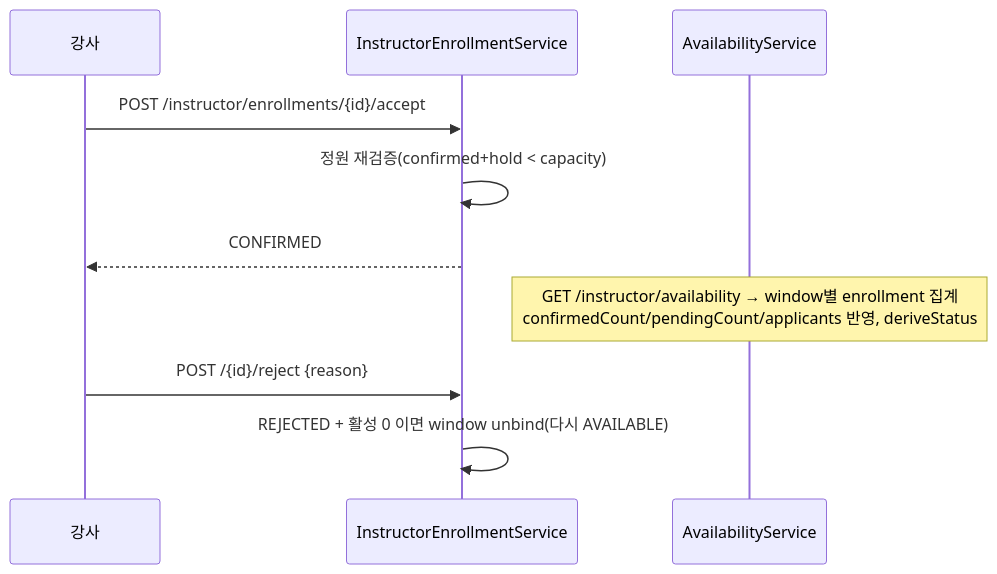
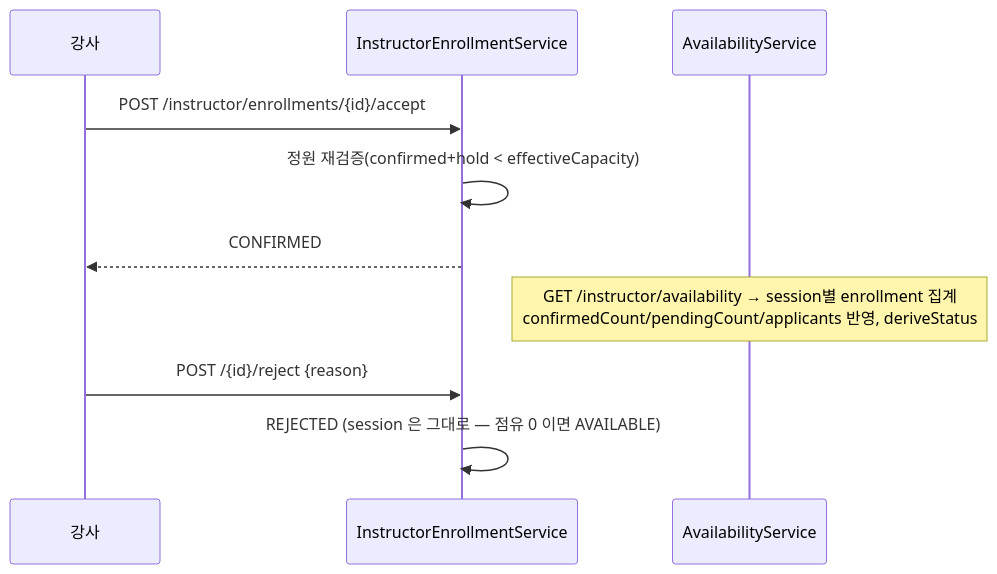
The third of 4 diagrams in docs/architecture/enrollment.md (pungdong/Pungdong-Backend), drawn with Mermaid before and after one commit. The commit also changed other lines of this file and 5 other files, not shown here.

First line of the commit message:
Docs: coverage/session 2레이어 재설계 반영 (availability·enrollment 도메인/피처 문서 + CLAUDE.md)

````diff
--- a/docs/architecture/enrollment.md
+++ b/docs/architecture/enrollment.md
@@ -65,13 +64,13 @@
 ```mermaid
 sequenceDiagram
   participant I as 강사
   participant IES as InstructorEnrollmentService
   participant AV as AvailabilityService
 
   I->>IES: POST /instructor/enrollments/{id}/accept
-  IES->>IES: 정원 재검증(confirmed+hold < capacity)
+  IES->>IES: 정원 재검증(confirmed+hold < effectiveCapacity)
   IES-->>I: CONFIRMED
-  Note over AV: GET /instructor/availability → window별 enrollment 집계<br/>confirmedCount/pendingCount/applicants 반영, deriveStatus
+  Note over AV: GET /instructor/availability → session별 enrollment 집계<br/>confirmedCount/pendingCount/applicants 반영, deriveStatus
   I->>IES: POST /{id}/reject {reason}
-  IES->>IES: REJECTED + 활성 0 이면 window unbind(다시 AVAILABLE)
+  IES->>IES: REJECTED (session 은 그대로 — 점유 0 이면 AVAILABLE)
 ```
````
